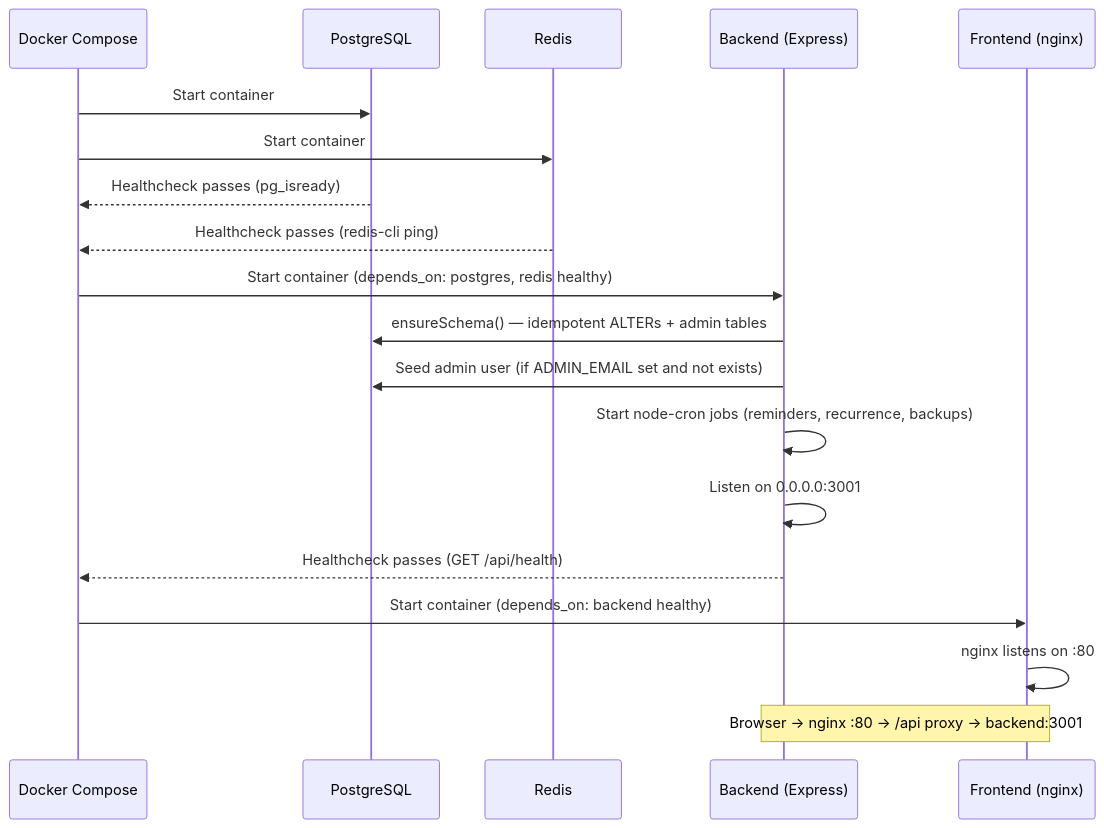
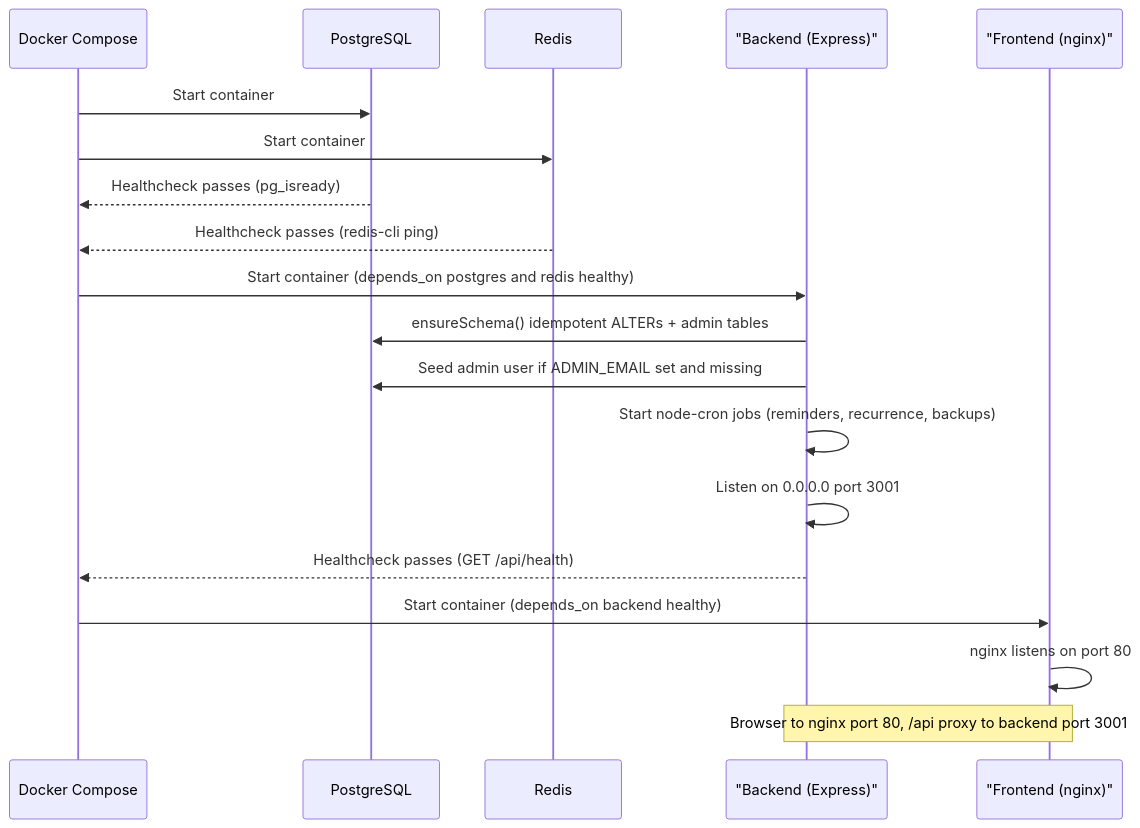
One commit to becomeonewiththecode/invoicing changed the second of 6 diagrams in docs/architecture.md. Above: the diagram before and after it, drawn with Mermaid. The commit also changed other lines of this file, not shown here.

First line of the commit message:
docs: fix Mermaid syntax in architecture.md for reliable rendering

````diff
--- a/docs/architecture.md
+++ b/docs/architecture.md
@@ -114,22 +114,22 @@
 ```mermaid
 sequenceDiagram
     participant DC as Docker Compose
     participant PG as PostgreSQL
     participant RD as Redis
-    participant BE as Backend (Express)
-    participant FE as Frontend (nginx)
+    participant BE as "Backend (Express)"
+    participant FE as "Frontend (nginx)"
 
     DC->>PG: Start container
     DC->>RD: Start container
     PG-->>DC: Healthcheck passes (pg_isready)
     RD-->>DC: Healthcheck passes (redis-cli ping)
-    DC->>BE: Start container (depends_on: postgres, redis healthy)
-    BE->>PG: ensureSchema() — idempotent ALTERs + admin tables
-    BE->>PG: Seed admin user (if ADMIN_EMAIL set and not exists)
+    DC->>BE: Start container (depends_on postgres and redis healthy)
+    BE->>PG: ensureSchema() idempotent ALTERs + admin tables
+    BE->>PG: Seed admin user if ADMIN_EMAIL set and missing
     BE->>BE: Start node-cron jobs (reminders, recurrence, backups)
-    BE->>BE: Listen on 0.0.0.0:3001
+    BE->>BE: Listen on 0.0.0.0 port 3001
     BE-->>DC: Healthcheck passes (GET /api/health)
-    DC->>FE: Start container (depends_on: backend healthy)
-    FE->>FE: nginx listens on :80
-    Note over FE,BE: Browser → nginx :80 → /api proxy → backend:3001
+    DC->>FE: Start container (depends_on backend healthy)
+    FE->>FE: nginx listens on port 80
+    Note over FE,BE: Browser to nginx port 80, /api proxy to backend port 3001
 ```
````
